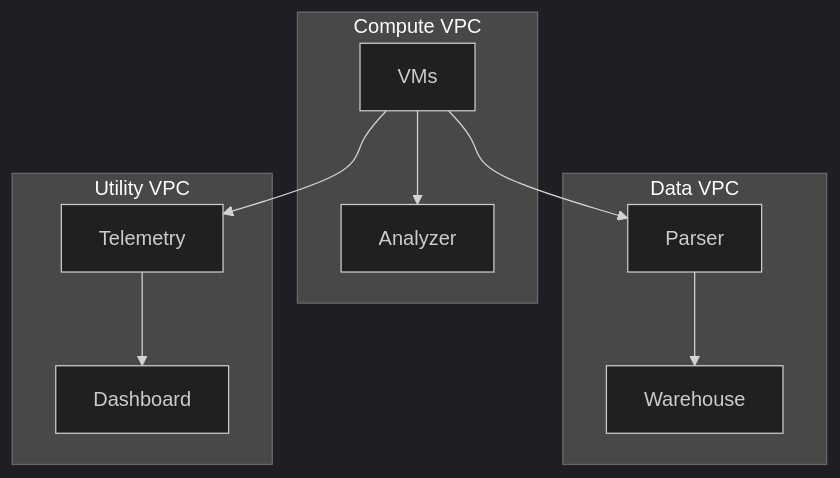
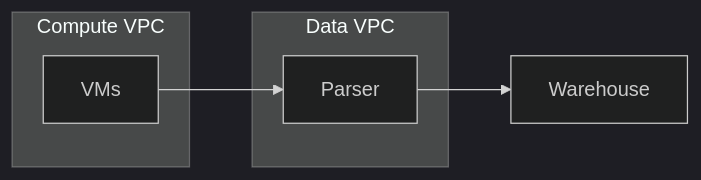
Before and after one commit to fleejy/hashi-acme: the diagram in README.md, drawn with Mermaid (dark theme). The commit also changed other lines of this file and 6 other files, not shown here.

````diff
--- a/README.md
+++ b/README.md
@@ -19,14 +25,11 @@
 ```mermaid
-graph TB
+graph LR
     subgraph "Data VPC"
-    Parser-->Warehouse
+    Parser
     end
     subgraph "Compute VPC"
-    VMs-->Analyzer
+    VMs
     end
-    subgraph "Utility VPC"
-    Telemetry-->Dashboard
-    end
-    VMs-->Telemetry
     VMs-->Parser
+    Parser-->Warehouse
 ```
````
